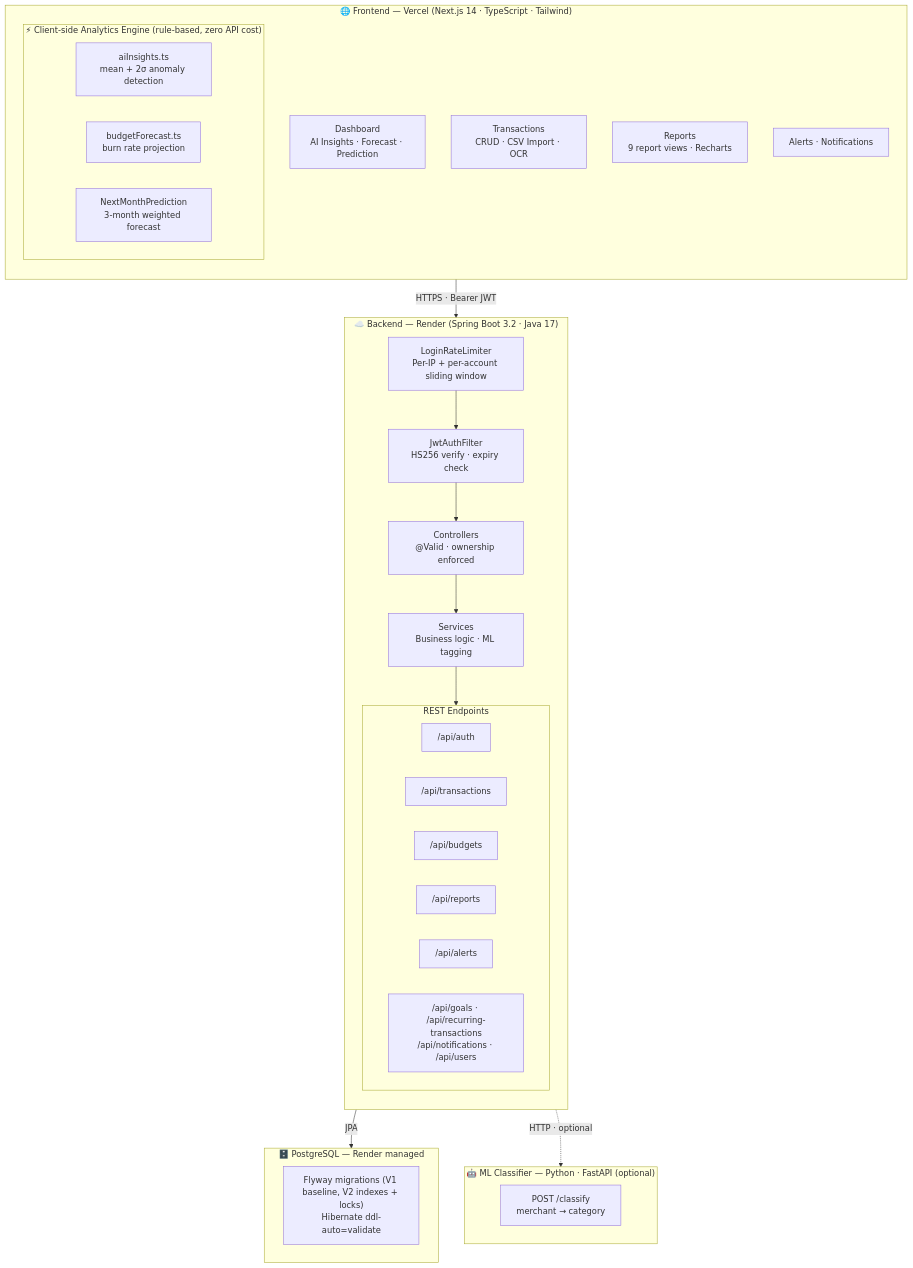
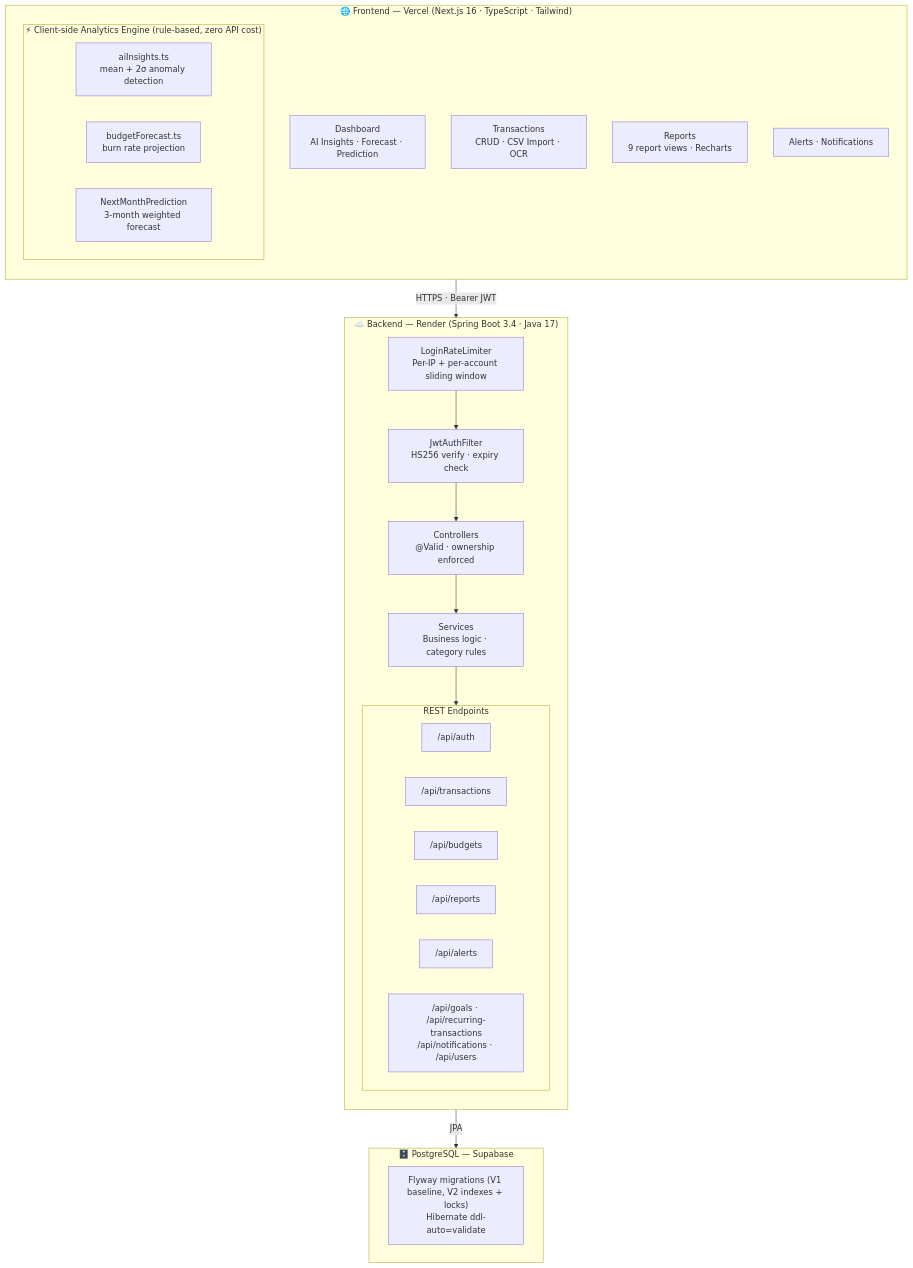
Before and after one commit to GanasalaChandana/FinTrack-AI-Powered-Personal-Finance-Platform: the diagram in README.md, drawn with Mermaid. The commit also changed other lines of this file and 19 other files, not shown here.

````diff
--- a/README.md
+++ b/README.md
@@ -91,46 +91,41 @@
 ```mermaid
 flowchart TD
-    subgraph FE["🌐 Frontend — Vercel (Next.js 14 · TypeScript · Tailwind)"]
+    subgraph FE["🌐 Frontend — Vercel (Next.js 16 · TypeScript · Tailwind)"]
         direction TB
         dash["Dashboard\nAI Insights · Forecast · Prediction"]
         txn["Transactions\nCRUD · CSV Import · OCR"]
         rep["Reports\n9 report views · Recharts"]
         ale["Alerts · Notifications"]
 
         subgraph AI["⚡ Client-side Analytics Engine (rule-based, zero API cost)"]
             ai1["aiInsights.ts\nmean + 2σ anomaly detection"]
             ai2["budgetForecast.ts\nburn rate projection"]
             ai3["NextMonthPrediction\n3-month weighted forecast"]
         end
     end
 
-    subgraph BE["☁️ Backend — Render (Spring Boot 3.2 · Java 17)"]
+    subgraph BE["☁️ Backend — Render (Spring Boot 3.4 · Java 17)"]
         direction TB
         rl["LoginRateLimiter\nPer-IP + per-account sliding window"]
         jwt["JwtAuthFilter\nHS256 verify · expiry check"]
         ctrl["Controllers\n@Valid · ownership enforced"]
-        svc["Services\nBusiness logic · ML tagging"]
+        svc["Services\nBusiness logic · category rules"]
 
         subgraph API["REST Endpoints"]
             a1["/api/auth"]
             a2["/api/transactions"]
             a3["/api/budgets"]
             a4["/api/reports"]
             a5["/api/alerts"]
             a6["/api/goals · /api/recurring-transactions\n/api/notifications · /api/users"]
         end
     end
 
-    subgraph DB["🗄️ PostgreSQL — Render managed"]
+    subgraph DB["🗄️ PostgreSQL — Supabase"]
         migrations["Flyway migrations (V1 baseline, V2 indexes + locks)\nHibernate ddl-auto=validate"]
-    end
-
-    subgraph ML["🤖 ML Classifier — Python · FastAPI (optional)"]
-        classify["POST /classify\nmerchant → category"]
     end
 
     FE -- "HTTPS · Bearer JWT" --> BE
     rl --> jwt --> ctrl --> svc --> API
     svc -- "JPA" --> DB
-    svc -. "HTTP · optional" .-> ML
 ```
````
